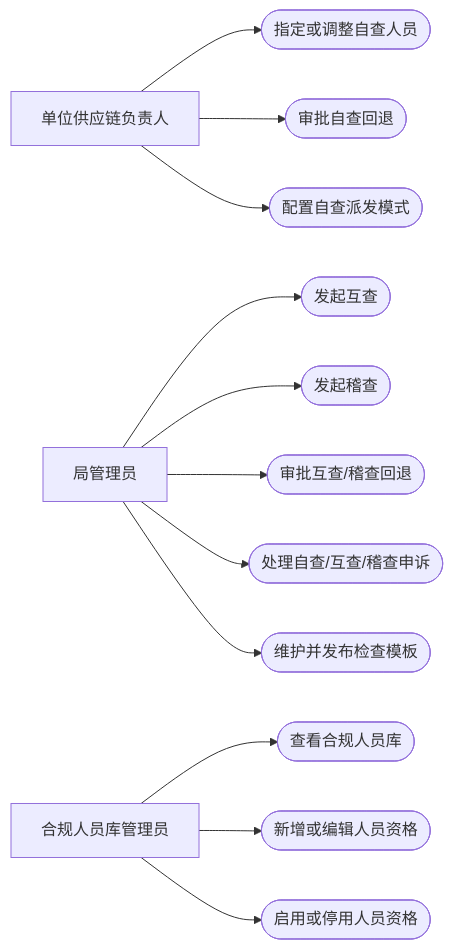
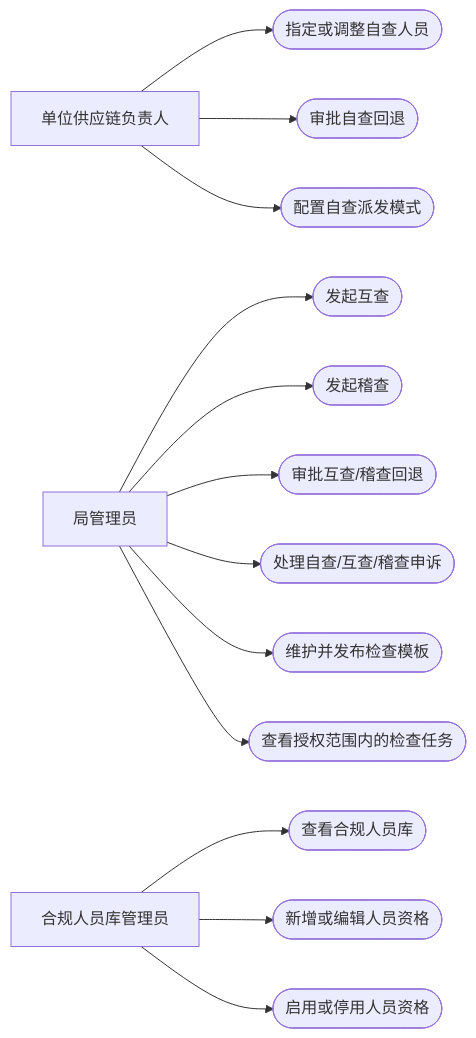
One commit to LRainD/LRainD.github.io changed the second of 16 diagrams in axureMake/docs/四局一单一检/prd.md. Above: the diagram before and after it, drawn with Mermaid. The commit also changed other lines of this file and 7 other files, not shown here.

````diff
--- a/axureMake/docs/四局一单一检/prd.md
+++ b/axureMake/docs/四局一单一检/prd.md
@@ -134,20 +136,21 @@
 ```mermaid
 flowchart LR
     L[单位供应链负责人]
     A[局管理员]
     PL[合规人员库管理员]
 
     L --> L1([指定或调整自查人员])
     L --> L2([审批自查回退])
     L --> L3([配置自查派发模式])
 
     A --> A1([发起互查])
     A --> A2([发起稽查])
     A --> A3([审批互查/稽查回退])
     A --> A4([处理自查/互查/稽查申诉])
     A --> A5([维护并发布检查模板])
+    A --> A6([查看授权范围内的检查任务])
 
     PL --> PL1([查看合规人员库])
     PL --> PL2([新增或编辑人员资格])
     PL --> PL3([启用或停用人员资格])
 ```
````
